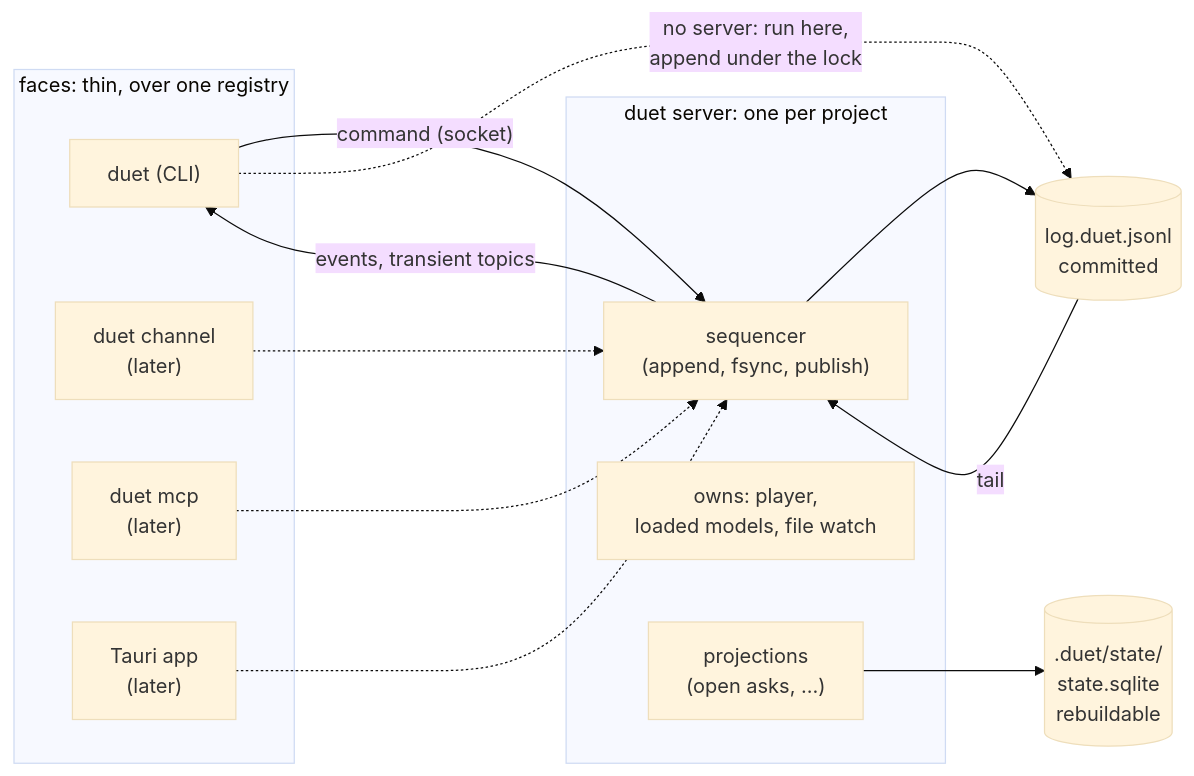
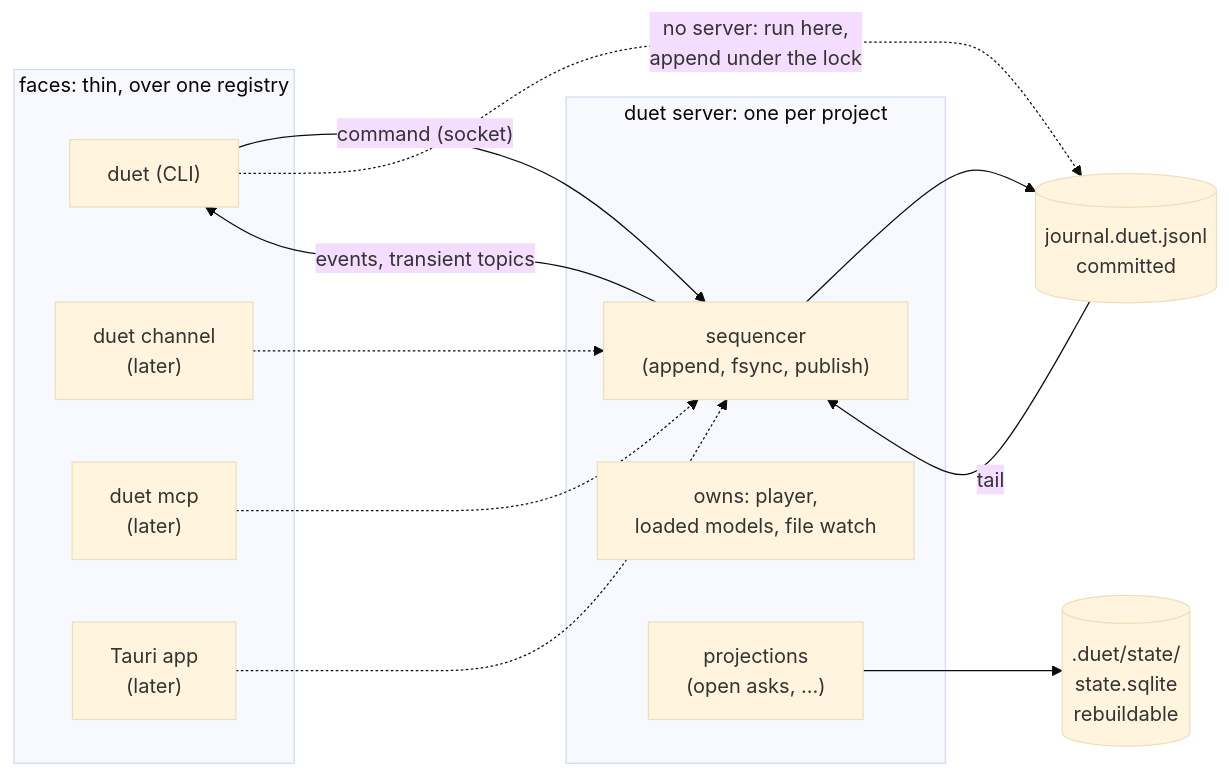
The diagram in docs/superpowers/specs/2026-11-17-bus-design.md (tasker-systems/duet), drawn with Mermaid (base theme) before and after one commit. The commit also changed other lines of this file and 1 other file, not shown here.

First line of the commit message:
docs: the project's event stream is the journal, not the log

````diff
--- a/docs/superpowers/specs/2026-11-17-bus-design.md
+++ b/docs/superpowers/specs/2026-11-17-bus-design.md
@@ -61,23 +61,23 @@
 ```mermaid
 flowchart LR
     subgraph faces["faces: thin, over one registry"]
         CLI["duet (CLI)"]
         SHIM["duet channel<br/>(later)"]
         MCP["duet mcp<br/>(later)"]
         APP["Tauri app<br/>(later)"]
     end
     subgraph server["duet server: one per project"]
         SEQ["sequencer<br/>(append, fsync, publish)"]
         OWN["owns: player,<br/>loaded models, file watch"]
         PROJ["projections<br/>(open asks, …)"]
     end
-    LOG[("log.duet.jsonl<br/>committed")]
+    LOG[("journal.duet.jsonl<br/>committed")]
     STORE[(".duet/state/<br/>state.sqlite<br/>rebuildable")]
     CLI -- "command (socket)" --> SEQ
     SEQ -- "events, transient topics" --> CLI
     SEQ --> LOG
     LOG -- "tail" --> SEQ
     PROJ --> STORE
     CLI -. "no server: run here,<br/>append under the lock" .-> LOG
     SHIM & MCP & APP -.-> SEQ
 ```
````
